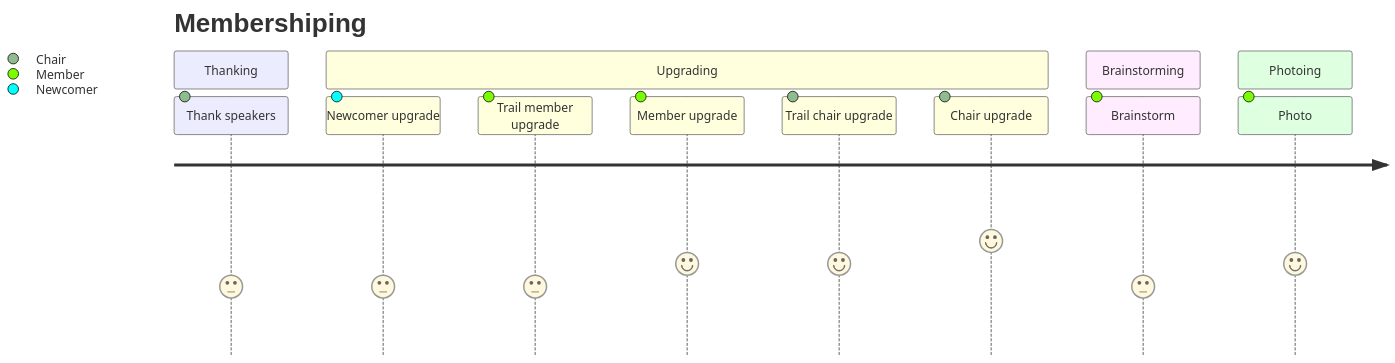
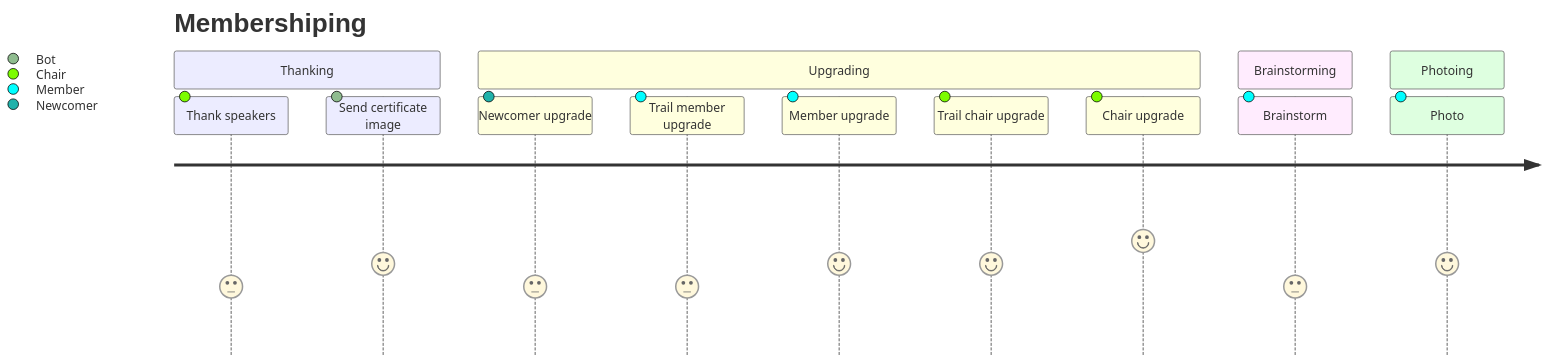
The ninth of 15 diagrams in README.md (wechaty/bot5-assistant), drawn with Mermaid before and after one commit. The commit also changed other lines of this file, not shown here.

Commit message:
clean mermaid diagram

````diff
--- a/README.md
+++ b/README.md
@@ -116,16 +115,17 @@
 ```mermaid
 journey
   title Membershiping
   section Thanking
     Thank speakers: 3: Chair
+    Send certificate image: 4: Bot
   section Upgrading
     Newcomer upgrade: 3: Newcomer
     Trail member upgrade: 3: Member
     Member upgrade: 4: Member
     Trail chair upgrade: 4: Chair
     Chair upgrade: 5: Chair
   section Brainstorming
     Brainstorm: 3: Member
   section Photoing
     Photo: 4: Member
 ```
````
